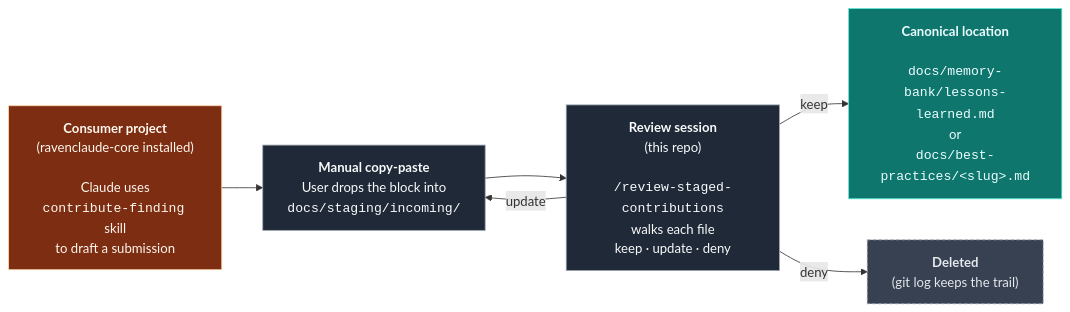
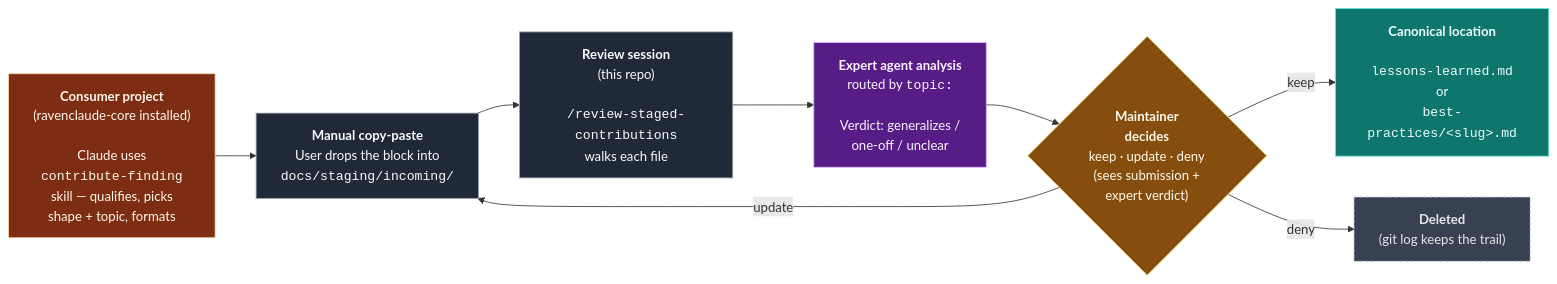
Before and after one commit to mcorbett51090/RavenClaude: the diagram in docs/staging/README.md, drawn with Mermaid. The commit also changed other lines of this file and 8 other files, not shown here.

First line of the commit message:
fix: audit fixes + expert-agent review step in staging workflow

````diff
--- a/docs/staging/README.md
+++ b/docs/staging/README.md
@@ -5,23 +5,31 @@
 ```mermaid
 flowchart LR
-    consumer["<b>Consumer project</b><br/>(ravenclaude-core installed)<br/><br/>Claude uses<br/><code>contribute-finding</code> skill<br/>to draft a submission"]
+    consumer["<b>Consumer project</b><br/>(ravenclaude-core installed)<br/><br/>Claude uses<br/><code>contribute-finding</code><br/>skill — qualifies, picks<br/>shape + topic, formats"]
     paste["<b>Manual copy-paste</b><br/>User drops the block into<br/><code>docs/staging/incoming/</code>"]
-    review["<b>Review session</b><br/>(this repo)<br/><br/><code>/review-staged-contributions</code><br/>walks each file<br/>keep · update · deny"]
-    canonical["<b>Canonical location</b><br/><br/><code>docs/memory-bank/lessons-learned.md</code><br/>or<br/><code>docs/best-practices/&lt;slug&gt;.md</code>"]
+    review["<b>Review session</b><br/>(this repo)<br/><br/><code>/review-staged-contributions</code><br/>walks each file"]
+    expert["<b>Expert agent analysis</b><br/>routed by <code>topic:</code><br/><br/>Verdict: generalizes /<br/>one-off / unclear"]
+    decision{"<b>Maintainer<br/>decides</b><br/>keep · update · deny<br/>(sees submission +<br/>expert verdict)"}
+    canonical["<b>Canonical location</b><br/><br/><code>lessons-learned.md</code><br/>or<br/><code>best-practices/&lt;slug&gt;.md</code>"]
     deleted["<b>Deleted</b><br/>(git log keeps the trail)"]
 
     consumer --> paste
     paste --> review
-    review -->|keep| canonical
-    review -->|deny| deleted
-    review -->|update| paste
+    review --> expert
+    expert --> decision
+    decision -->|keep| canonical
+    decision -->|deny| deleted
+    decision -->|update| paste
 
     classDef consumer fill:#7c2d12,stroke:#fed7aa,color:#fff7ed
     classDef stage fill:#1f2937,stroke:#9ca3af,color:#f9fafb
+    classDef expert fill:#581c87,stroke:#d8b4fe,color:#faf5ff
+    classDef gate fill:#854d0e,stroke:#fde68a,color:#fffbeb
     classDef good fill:#0f766e,stroke:#5eead4,color:#ecfeff
     classDef bad fill:#374151,stroke:#9ca3af,color:#e5e7eb,stroke-dasharray: 4 3
     class consumer consumer
     class paste,review stage
+    class expert expert
+    class decision gate
     class canonical good
     class deleted bad
 ```
````
